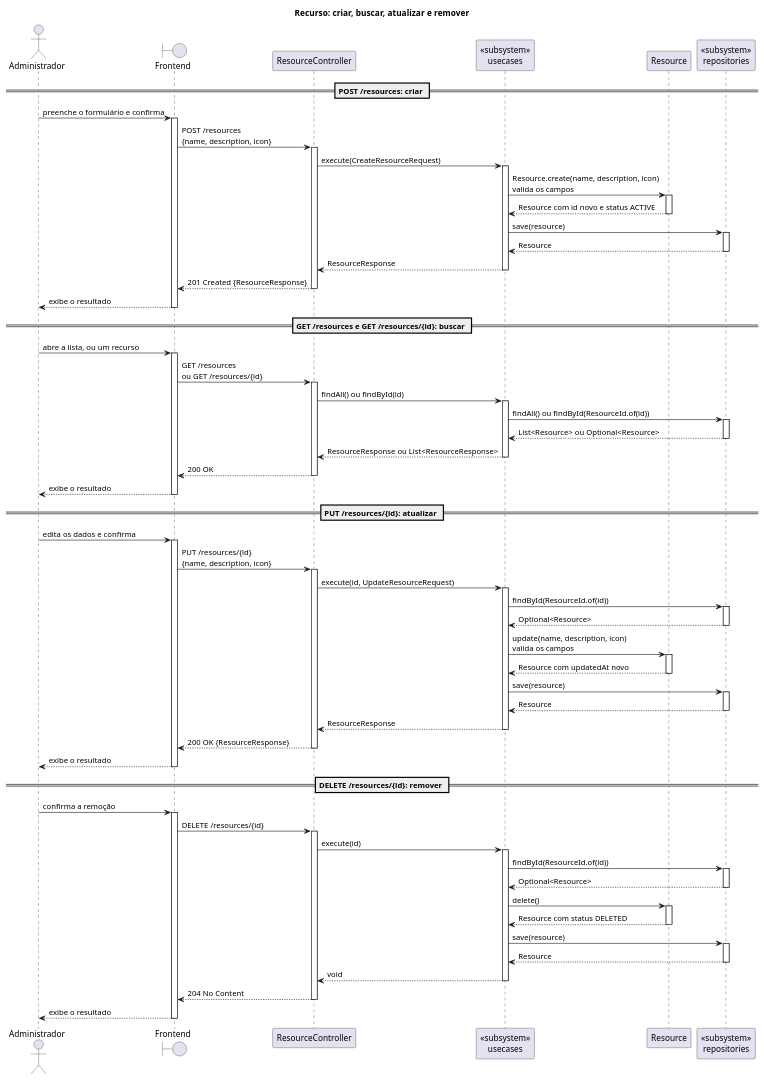
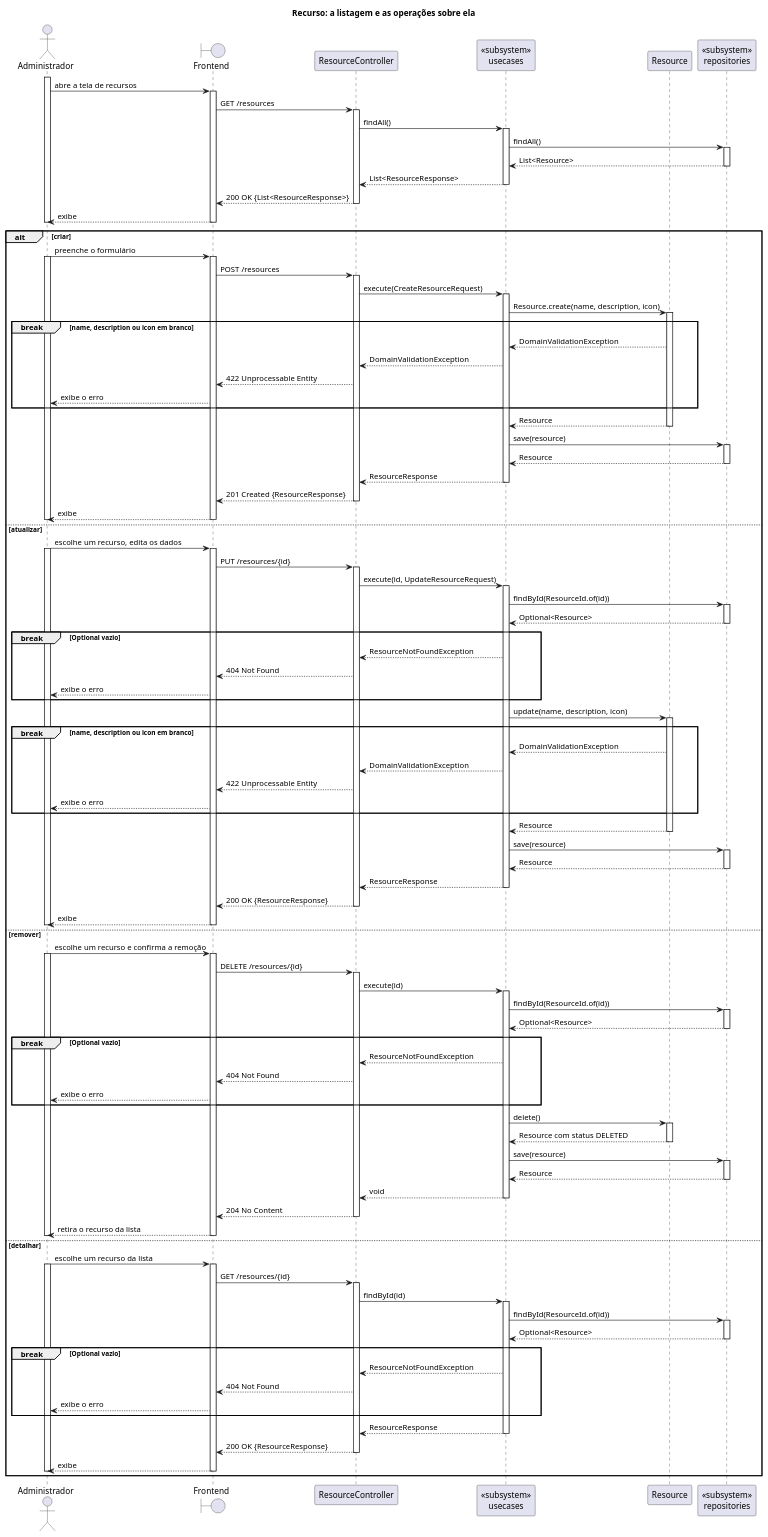
The diagram in src/plantuml/sequencia/simples/resource.puml (Neoguara/rooms-diagrams), drawn with PlantUML before and after one commit. The commit also changed 6 other files, not shown here.

```diff
--- a/src/plantuml/sequencia/simples/resource.puml
+++ b/src/plantuml/sequencia/simples/resource.puml
@@ -1,14 +1,22 @@
 @startuml resource_simples
 
 ' Recorte de recurso do módulo room, inteiro em um arquivo, no estilo simplista. Os
-' diagramas completos continuam em sequencia/resource/, e é lá que estão os desvios.
+' diagramas completos continuam em sequencia/resource/, e é lá que estão todos os desvios.
 '
-' Cinco cortes em relação a eles:
+' A forma do diagrama segue o uso da tela: abrir a tela de recursos lista, e a listagem é
+' obrigatória, acontece antes de tudo e não é alternativa a nada. Só depois dela o
+' administrador escolhe uma das operações, e é essa escolha que o alt representa.
+'
+' Cinco cortes em relação aos diagramas completos:
 '   1. Porta e implementação viram um participante só, tipado como «subsystem».
-'   2. Só o caminho de sucesso. Nenhum alt: os erros (404, 422) estão nos diagramas
-'      completos, e as guardas de status estão em estado/resource_status.puml.
+'   2. Os desvios são marcados com break, o fragmento que cancela o resto da interação,
+'      que é o que o throw faz: 404 nas três operações que buscam por id e 422 nas duas
+'      que validam campos, criar e atualizar. O update roda a mesma ResourceValidation
+'      do create, por isso o atualizar tem dois. O 422 do delete, que exige INACTIVE,
+'      fica em estado/resource_status.puml.
 '   3. Nenhuma mensagem para si mesmo: fluxo interno não é troca entre participantes.
-'   4. Ativação só em trecho reto, abrindo e fechando no mesmo nível.
+'   4. Ativação só em trecho reto, abrindo e fechando no mesmo nível. As barras aninham:
+'      a do ator cobre a interação inteira, e cada camada abaixo ocupa menos tempo.
 '   5. O armazenamento não aparece. As mensagens param no participante de repositório,
 '      e a consulta ou gravação fica implícita: o que importa é a conversa entre as
 '      camadas, não o SQL.
@@ -19,7 +27,7 @@
 ' O PATCH /resources/{id}/status fica de fora: as transições estão em
 ' estado/resource_status.puml.
 
-title Recurso: criar, buscar, atualizar e remover
+title Recurso: a listagem e as operações sobre ela
 
 actor "Administrador" as Ator
 boundary "Frontend" as FE
@@ -30,113 +38,178 @@
 participant "Resource" as Entity
 participant "<<subsystem>>\nrepositories" as Repo
 
-== POST /resources: criar ==
-
-Ator -> FE: preenche o formulário e confirma
+activate Ator
+Ator -> FE: abre a tela de recursos
 activate FE
-FE -> Ctrl: POST /resources\n{name, description, icon}
+FE -> Ctrl: GET /resources
 activate Ctrl
-Ctrl -> UC: execute(CreateResourceRequest)
+Ctrl -> UC: findAll()
 activate UC
 
-UC -> Entity: Resource.create(name, description, icon)\nvalida os campos
-activate Entity
-Entity --> UC: Resource com id novo e status ACTIVE
-deactivate Entity
-
-UC -> Repo: save(resource)
+UC -> Repo: findAll()
 activate Repo
-Repo --> UC: Resource
+Repo --> UC: List<Resource>
 deactivate Repo
 
-UC --> Ctrl: ResourceResponse
+UC --> Ctrl: List<ResourceResponse>
 deactivate UC
-Ctrl --> FE: 201 Created {ResourceResponse}
+Ctrl --> FE: 200 OK {List<ResourceResponse>}
 deactivate Ctrl
-FE --> Ator: exibe o resultado
+FE --> Ator: exibe
 deactivate FE
+deactivate Ator
 
-== GET /resources e GET /resources/{id}: buscar ==
+alt criar
 
-Ator -> FE: abre a lista, ou um recurso
-activate FE
-FE -> Ctrl: GET /resources\nou GET /resources/{id}
-activate Ctrl
-Ctrl -> UC: findAll() ou findById(id)
-activate UC
+  Ator -> FE: preenche o formulário
+  activate Ator
+  activate FE
+  FE -> Ctrl: POST /resources
+  activate Ctrl
+  Ctrl -> UC: execute(CreateResourceRequest)
+  activate UC
 
-UC -> Repo: findAll() ou findById(ResourceId.of(id))
-activate Repo
-Repo --> UC: List<Resource> ou Optional<Resource>
-deactivate Repo
+  UC -> Entity: Resource.create(name, description, icon)
+  activate Entity
 
-UC --> Ctrl: ResourceResponse ou List<ResourceResponse>
-deactivate UC
-Ctrl --> FE: 200 OK
-deactivate Ctrl
-FE --> Ator: exibe o resultado
-deactivate FE
+  break name, description ou icon em branco
+    Entity --> UC: DomainValidationException
+    UC --> Ctrl: DomainValidationException
+    Ctrl --> FE: 422 Unprocessable Entity
+    FE --> Ator: exibe o erro
+  end
 
-== PUT /resources/{id}: atualizar ==
+  Entity --> UC: Resource
+  deactivate Entity
 
-Ator -> FE: edita os dados e confirma
-activate FE
-FE -> Ctrl: PUT /resources/{id}\n{name, description, icon}
-activate Ctrl
-Ctrl -> UC: execute(id, UpdateResourceRequest)
-activate UC
+  UC -> Repo: save(resource)
+  activate Repo
+  Repo --> UC: Resource
+  deactivate Repo
 
-UC -> Repo: findById(ResourceId.of(id))
-activate Repo
-Repo --> UC: Optional<Resource>
-deactivate Repo
+  UC --> Ctrl: ResourceResponse
+  deactivate UC
+  Ctrl --> FE: 201 Created {ResourceResponse}
+  deactivate Ctrl
+  FE --> Ator: exibe
+  deactivate FE
+  deactivate Ator
 
-UC -> Entity: update(name, description, icon)\nvalida os campos
-activate Entity
-Entity --> UC: Resource com updatedAt novo
-deactivate Entity
+else atualizar
 
-UC -> Repo: save(resource)
-activate Repo
-Repo --> UC: Resource
-deactivate Repo
+  Ator -> FE: escolhe um recurso, edita os dados
+  activate Ator
+  activate FE
+  FE -> Ctrl: PUT /resources/{id}
+  activate Ctrl
+  Ctrl -> UC: execute(id, UpdateResourceRequest)
+  activate UC
 
-UC --> Ctrl: ResourceResponse
-deactivate UC
-Ctrl --> FE: 200 OK {ResourceResponse}
-deactivate Ctrl
-FE --> Ator: exibe o resultado
-deactivate FE
+  UC -> Repo: findById(ResourceId.of(id))
+  activate Repo
+  Repo --> UC: Optional<Resource>
+  deactivate Repo
 
-== DELETE /resources/{id}: remover ==
+  break Optional vazio
+    UC --> Ctrl: ResourceNotFoundException
+    Ctrl --> FE: 404 Not Found
+    FE --> Ator: exibe o erro
+  end
 
-Ator -> FE: confirma a remoção
-activate FE
-FE -> Ctrl: DELETE /resources/{id}
-activate Ctrl
-Ctrl -> UC: execute(id)
-activate UC
+  UC -> Entity: update(name, description, icon)
+  activate Entity
 
-UC -> Repo: findById(ResourceId.of(id))
-activate Repo
-Repo --> UC: Optional<Resource>
-deactivate Repo
+  break name, description ou icon em branco
+    Entity --> UC: DomainValidationException
+    UC --> Ctrl: DomainValidationException
+    Ctrl --> FE: 422 Unprocessable Entity
+    FE --> Ator: exibe o erro
+  end
 
-UC -> Entity: delete()
-activate Entity
-Entity --> UC: Resource com status DELETED
-deactivate Entity
+  Entity --> UC: Resource
+  deactivate Entity
 
-UC -> Repo: save(resource)
-activate Repo
-Repo --> UC: Resource
-deactivate Repo
+  UC -> Repo: save(resource)
+  activate Repo
+  Repo --> UC: Resource
+  deactivate Repo
 
-UC --> Ctrl: void
-deactivate UC
-Ctrl --> FE: 204 No Content
-deactivate Ctrl
-FE --> Ator: exibe o resultado
-deactivate FE
+  UC --> Ctrl: ResourceResponse
+  deactivate UC
+  Ctrl --> FE: 200 OK {ResourceResponse}
+  deactivate Ctrl
+  FE --> Ator: exibe
+  deactivate FE
+  deactivate Ator
+
+else remover
+
+  Ator -> FE: escolhe um recurso e confirma a remoção
+  activate Ator
+  activate FE
+  FE -> Ctrl: DELETE /resources/{id}
+  activate Ctrl
+  Ctrl -> UC: execute(id)
+  activate UC
+
+  UC -> Repo: findById(ResourceId.of(id))
+  activate Repo
+  Repo --> UC: Optional<Resource>
+  deactivate Repo
+
+  break Optional vazio
+    UC --> Ctrl: ResourceNotFoundException
+    Ctrl --> FE: 404 Not Found
+    FE --> Ator: exibe o erro
+  end
+
+  UC -> Entity: delete()
+  activate Entity
+  Entity --> UC: Resource com status DELETED
+  deactivate Entity
+
+  UC -> Repo: save(resource)
+  activate Repo
+  Repo --> UC: Resource
+  deactivate Repo
+
+  UC --> Ctrl: void
+  deactivate UC
+  Ctrl --> FE: 204 No Content
+  deactivate Ctrl
+  FE --> Ator: retira o recurso da lista
+  deactivate FE
+  deactivate Ator
+
+else detalhar
+
+  Ator -> FE: escolhe um recurso da lista
+  activate Ator
+  activate FE
+  FE -> Ctrl: GET /resources/{id}
+  activate Ctrl
+  Ctrl -> UC: findById(id)
+  activate UC
+
+  UC -> Repo: findById(ResourceId.of(id))
+  activate Repo
+  Repo --> UC: Optional<Resource>
+  deactivate Repo
+
+  break Optional vazio
+    UC --> Ctrl: ResourceNotFoundException
+    Ctrl --> FE: 404 Not Found
+    FE --> Ator: exibe o erro
+  end
+
+  UC --> Ctrl: ResourceResponse
+  deactivate UC
+  Ctrl --> FE: 200 OK {ResourceResponse}
+  deactivate Ctrl
+  FE --> Ator: exibe
+  deactivate FE
+  deactivate Ator
+
+end
 
 @enduml
```
